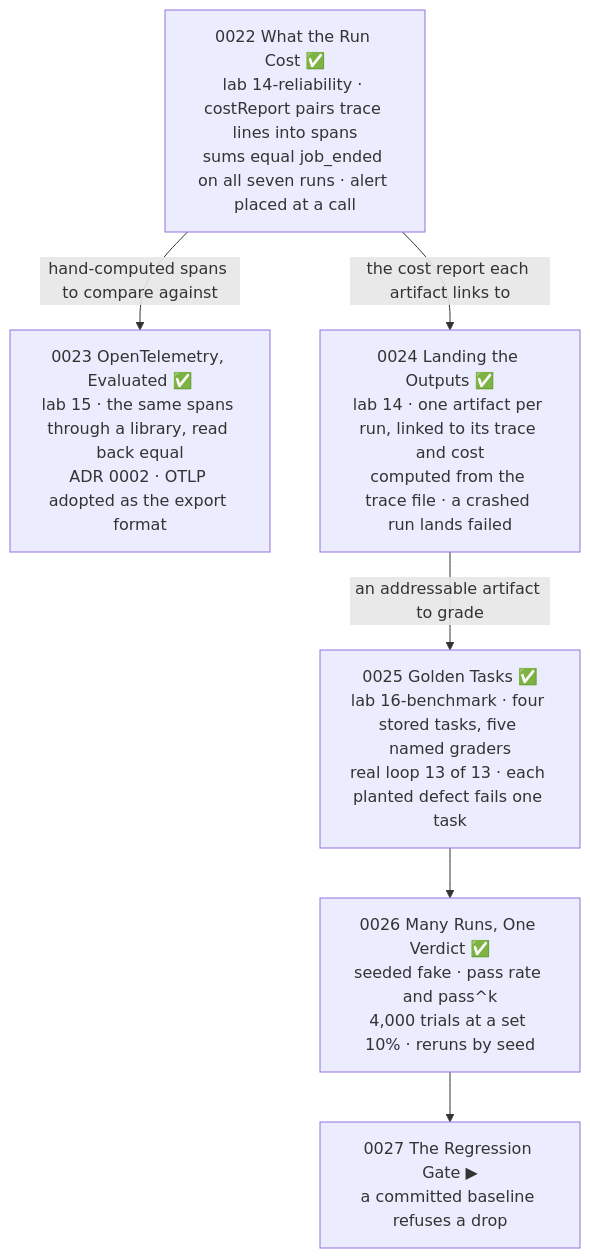
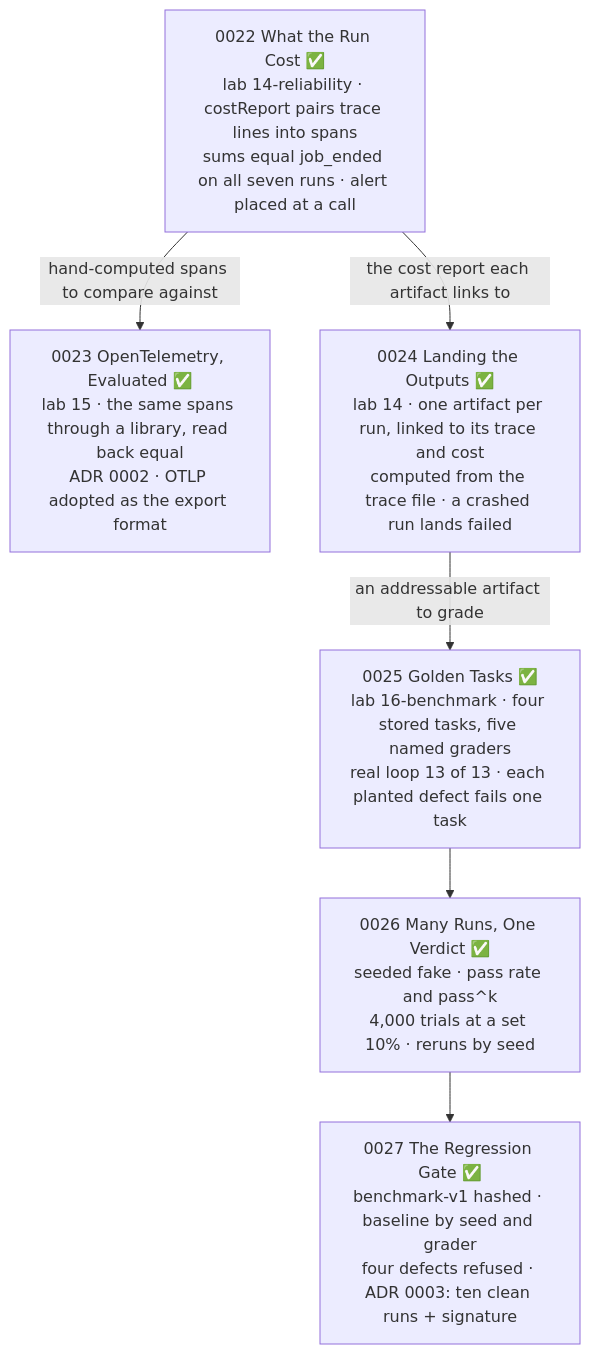
One commit to JozsefKiss90/TS changed the sixth of 7 diagrams in wiki/course/course-module-graph.md. Above: the diagram before and after it, drawn with Mermaid. The commit also changed other lines of this file and 20 other files, not shown here.

First line of the commit message:
Ship lesson 0027 - The Regression Gate; benchmark-v1 frozen; ADR 0003; Phase 4 complete

````diff
--- a/wiki/course/course-module-graph.md
+++ b/wiki/course/course-module-graph.md
@@ -115,14 +115,14 @@
 ```mermaid
 flowchart TD
     R22["0022 What the Run Cost ✅<br/>lab 14-reliability · costReport pairs trace lines into spans<br/>sums equal job_ended on all seven runs · alert placed at a call"]
     R23["0023 OpenTelemetry, Evaluated ✅<br/>lab 15 · the same spans through a library, read back equal<br/>ADR 0002 · OTLP adopted as the export format"]
     R24["0024 Landing the Outputs ✅<br/>lab 14 · one artifact per run, linked to its trace and cost<br/>computed from the trace file · a crashed run lands failed"]
     R25["0025 Golden Tasks ✅<br/>lab 16-benchmark · four stored tasks, five named graders<br/>real loop 13 of 13 · each planted defect fails one task"]
     R26["0026 Many Runs, One Verdict ✅<br/>seeded fake · pass rate and pass^k<br/>4,000 trials at a set 10% · reruns by seed"]
-    R27["0027 The Regression Gate ▶<br/>a committed baseline refuses a drop"]
+    R27["0027 The Regression Gate ✅<br/>benchmark-v1 hashed · baseline by seed and grader<br/>four defects refused · ADR 0003: ten clean runs + signature"]
     R22 -->|"hand-computed spans to compare against"| R23
     R22 -->|"the cost report each artifact links to"| R24
     R24 -->|"an addressable artifact to grade"| R25
     R25 --> R26
     R26 --> R27
 ```
````
